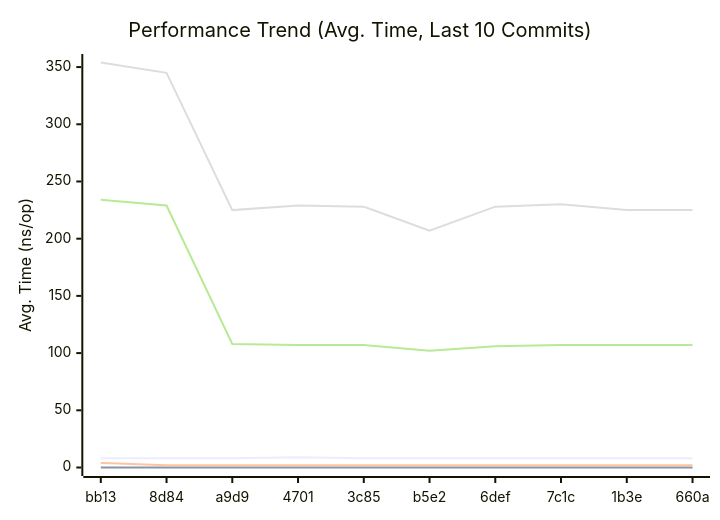
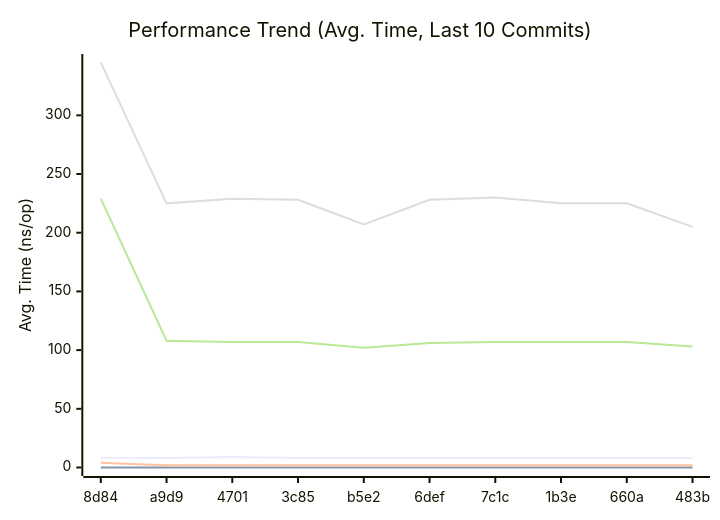
One commit to alsotoes/momo changed the first of 3 diagrams in doc/README.md. Above: the diagram before and after it, drawn with Mermaid. The commit also changed other lines of this file and 1 other file, not shown here.

````diff
--- a/doc/README.md
+++ b/doc/README.md
@@ -290,12 +290,12 @@
 ```mermaid
 xychart-beta
     title "Performance Trend (Avg. Time, Last 10 Commits)"
     x-axis "Commit"
     y-axis "Avg. Time (ns/op)"
-    x-axis [bb13,8d84,a9d9,4701,3c85,b5e2,6def,7c1c,1b3e,660a]
-    line "CheckMetricsAndSwap" [8,8,8,9,8,8,8,8,8,8]
+    x-axis [8d84,a9d9,4701,3c85,b5e2,6def,7c1c,1b3e,660a,483b]
+    line "CheckMetricsAndSwap" [8,8,9,8,8,8,8,8,8,8]
     line "IndexDirectTracking" [0,0,0,0,0,0,0,0,0,0]
     line "IndexSearch" [4,2,2,2,2,2,2,2,2,2]
-    line "ParseReplicationOrder_NoPrealloc" [354,345,225,229,228,207,228,230,225,225]
-    line "ParseReplicationOrder_Prealloc" [234,229,108,107,107,102,106,107,107,107]
+    line "ParseReplicationOrder_NoPrealloc" [345,225,229,228,207,228,230,225,225,205]
+    line "ParseReplicationOrder_Prealloc" [229,108,107,107,102,106,107,107,107,103]
 ```
````
